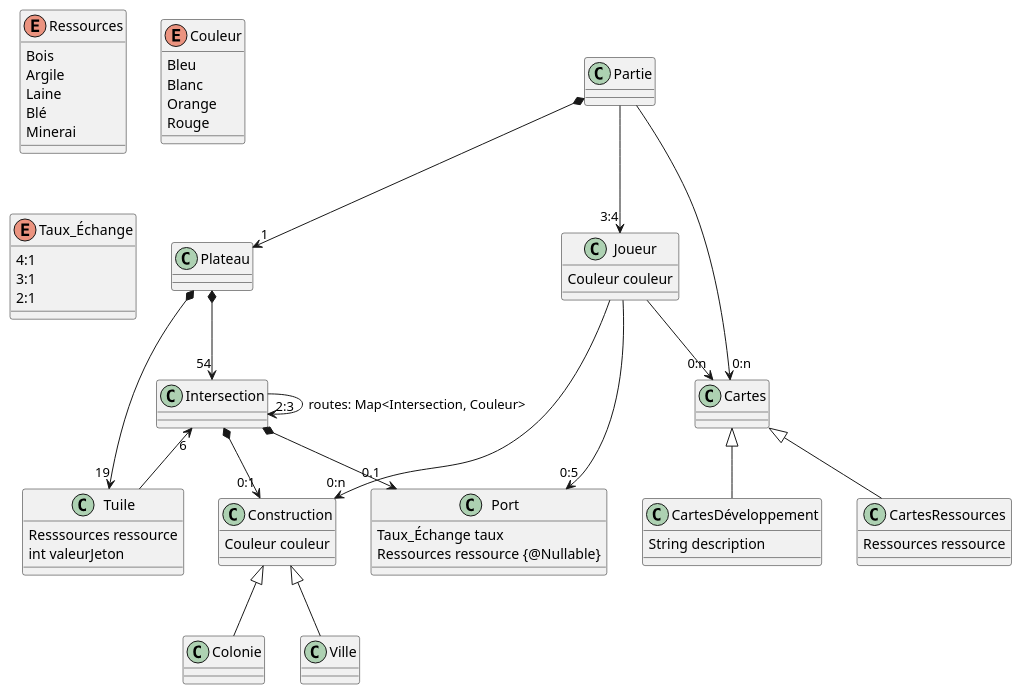
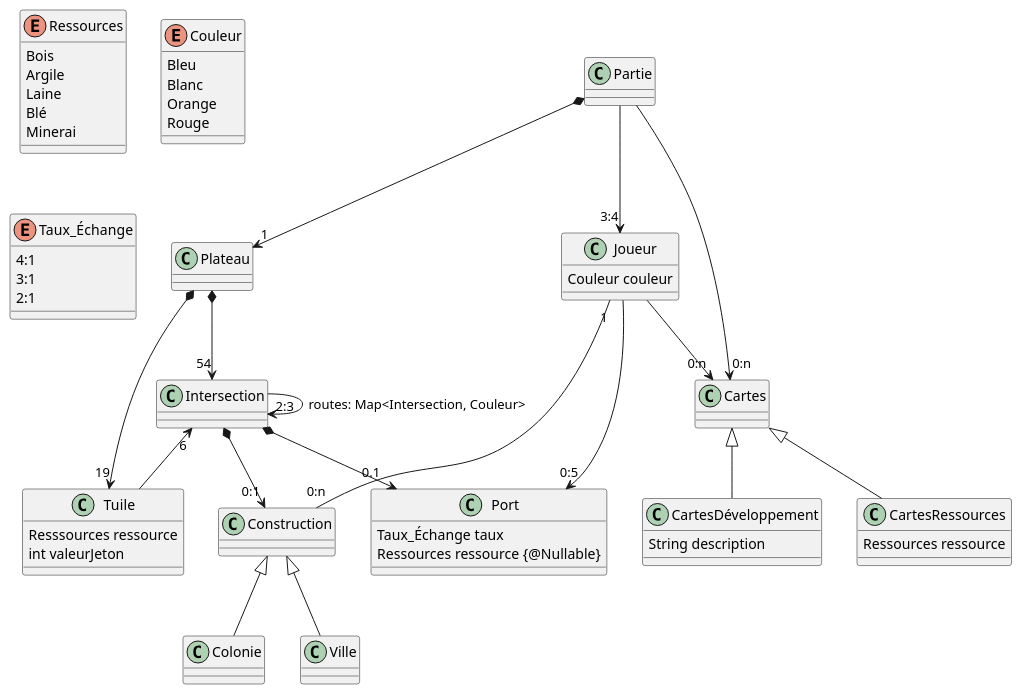
Before and after one commit to Lapin-Obez/colon_de_catane: the first of 3 diagrams in catan-doc/modules/analyse/pages/analyse.adoc, drawn with PlantUML.

Commit message:
Add bidirectional link between Construction and Joueur. Construction do not need Couleur anymore

```diff
--- a/catan-doc/modules/analyse/pages/analyse.adoc
+++ b/catan-doc/modules/analyse/pages/analyse.adoc
@@ -22,83 +22,82 @@
 [plantuml]
 ....
 @startuml
 
 enum Ressources {
 Bois
 Argile
 Laine
 Blé
 Minerai
 }
 
 enum Couleur {
 Bleu
 Blanc
 Orange
 Rouge
 }
 
 enum Taux_Échange {
 4:1
 3:1
 2:1
 }
 
 class Partie
 class Plateau
 
 class Port{
 Taux_Échange taux
 Ressources ressource {@Nullable}
 }
 
 class Tuile{
 Resssources ressource
 int valeurJeton
 }
 
 class Intersection
 
 class Joueur{
 Couleur couleur
 }
 
 class Cartes
 class CartesRessources{
   Ressources ressource
 }
 class CartesDéveloppement{
   String description
 }
 
 class Construction {
-  Couleur couleur
 }
 class Colonie
 class Ville
 
 
 Partie *--> "1" Plateau
 Plateau *--> "19" Tuile
 Plateau *--> "54" Intersection
 
 Construction <|-- Ville
 Construction <|-- Colonie
 
 Intersection *--> "0:1" Construction
 Intersection --> "2:3" Intersection : routes: Map<Intersection, Couleur>
 Intersection "6" <-- Tuile
 Intersection *--> "0.1" Port
 
 Partie --> "0:n" Cartes
 
 Cartes <|-- CartesRessources
 Cartes <|-- CartesDéveloppement
 
 Partie --> "3:4" Joueur
 Joueur --> "0:n" Cartes
 Joueur --> "0:5" Port
-Joueur --> "0:n" Construction
+Joueur "1" -- "0:n" Construction
 
 @enduml
 ....
```
